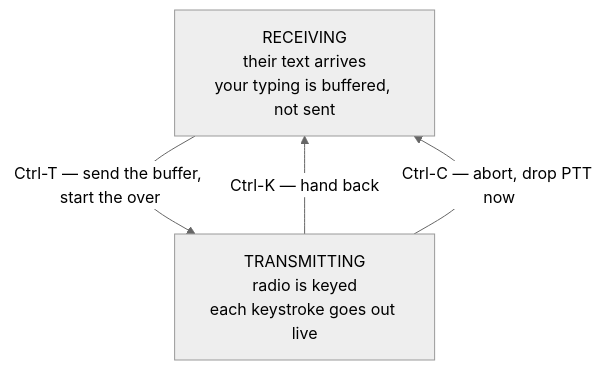
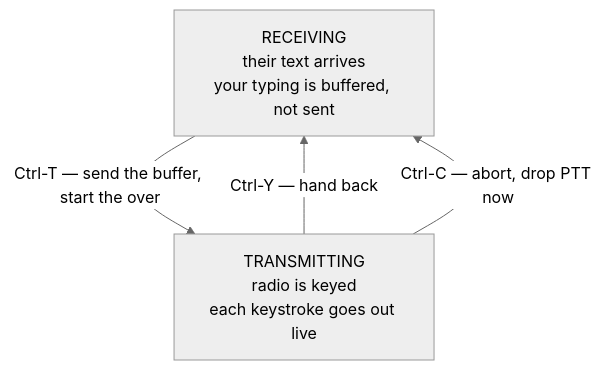
One commit to hatandspecs/keyboard-to-keyboard-cyberdeck changed the diagram in docs/operating_tutorial.md. Above: the diagram before and after it, drawn with Mermaid (neutral theme). The commit also changed other lines of this file and 26 other files, not shown here.

````diff
--- a/docs/operating_tutorial.md
+++ b/docs/operating_tutorial.md
@@ -58,9 +58,9 @@
 ```mermaid
 flowchart TD
     RX["RECEIVING<br/>their text arrives<br/>your typing is buffered, not sent"]
     TX["TRANSMITTING<br/>radio is keyed<br/>each keystroke goes out live"]
 
     RX -->|"Ctrl-T &mdash; send the buffer, start the over"| TX
-    TX -->|"Ctrl-K &mdash; hand back"| RX
+    TX -->|"Ctrl-Y &mdash; hand back"| RX
     TX -->|"Ctrl-C &mdash; abort, drop PTT now"| RX
 ```
````
